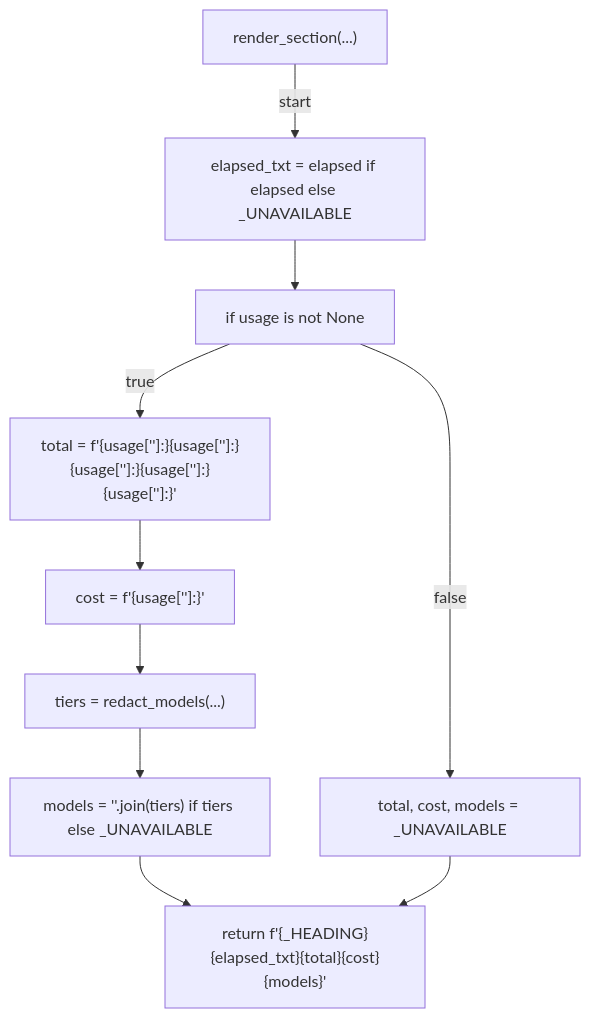
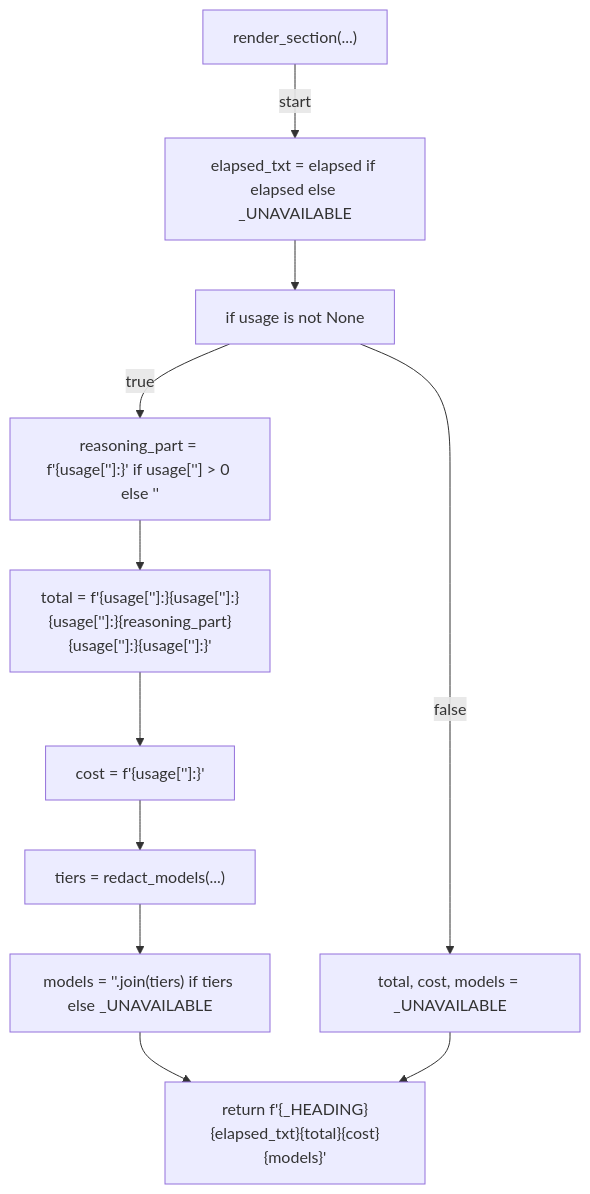
Before and after one commit to tvna/claude-md: the eighth of 19 diagrams in docs/generated/scripts/ast/session_resource_report.md, drawn with Mermaid. The commit also changed other lines of this file, not shown here.

First line of the commit message:
docs(generated): regenerate decision tree and workflow diagrams

````diff
--- a/docs/generated/scripts/ast/session_resource_report.md
+++ b/docs/generated/scripts/ast/session_resource_report.md
@@ -184,21 +188,23 @@
 ```mermaid
 flowchart TD
     N001["render_section(...)"]
     N002["elapsed_txt = elapsed if elapsed else _UNAVAILABLE"]
     N003["if usage is not None"]
-    N004["total = f'{usage['<str>']:<str>}<str>{usage['<str>']:<str>}<str>{usage['<str>']:<str>}<str>{usage['<str>']:<str>}<str>{usage['<str>']:<str>}<str>'"]
-    N005["cost = f'<str>{usage['<str>']:<str>}'"]
-    N006["tiers = redact_models(...)"]
-    N007["models = '<str>'.join(tiers) if tiers else _UNAVAILABLE"]
-    N008["total, cost, models = _UNAVAILABLE"]
-    N009["return f'<str>{_HEADING}<str>{elapsed_txt}<str>{total}<str>{cost}<str>{models}<str>'"]
+    N004["reasoning_part = f'<str>{usage['<str>']:<str>}' if usage['<str>'] > 0 else '<str>'"]
+    N005["total = f'{usage['<str>']:<str>}<str>{usage['<str>']:<str>}<str>{usage['<str>']:<str>}{reasoning_part}<str>{usage['<str>']:<str>}<str>{usage['<str>']:<str>}<str>'"]
+    N006["cost = f'<str>{usage['<str>']:<str>}'"]
+    N007["tiers = redact_models(...)"]
+    N008["models = '<str>'.join(tiers) if tiers else _UNAVAILABLE"]
+    N009["total, cost, models = _UNAVAILABLE"]
+    N010["return f'<str>{_HEADING}<str>{elapsed_txt}<str>{total}<str>{cost}<str>{models}<str>'"]
     N001 -->|"start"| N002
     N002 --> N003
     N003 -->|"true"| N004
     N004 --> N005
     N005 --> N006
     N006 --> N007
-    N003 -->|"false"| N008
-    N007 --> N009
-    N008 --> N009
+    N007 --> N008
+    N003 -->|"false"| N009
+    N008 --> N010
+    N009 --> N010
 ```
````
